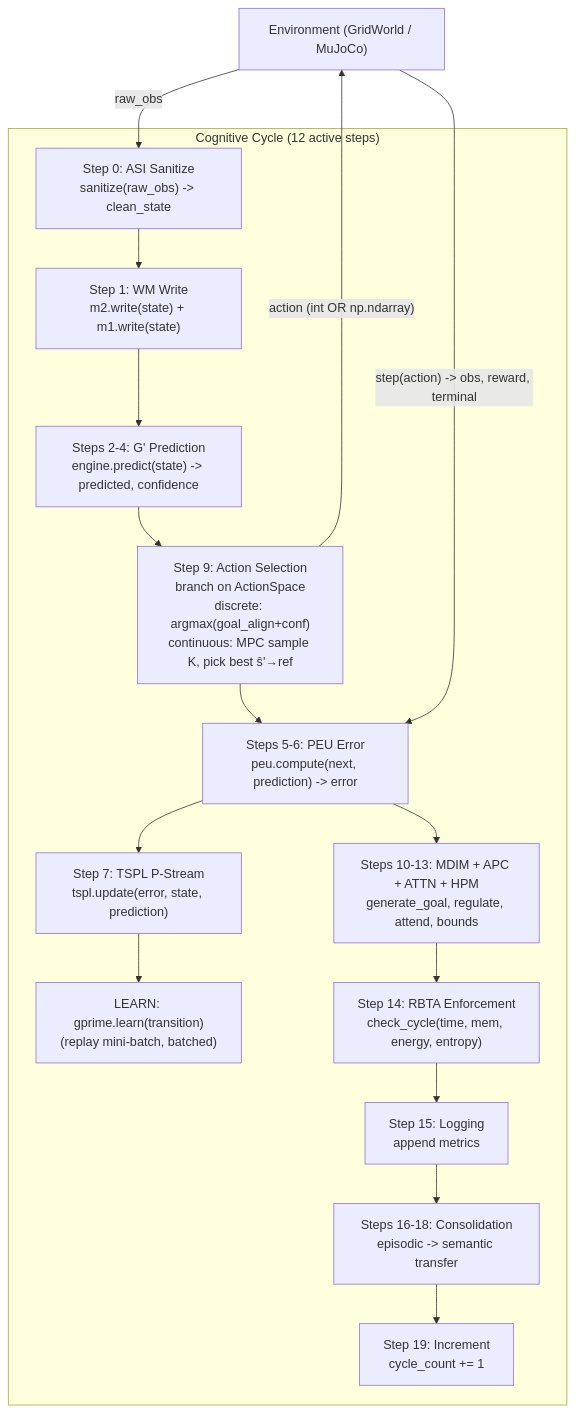
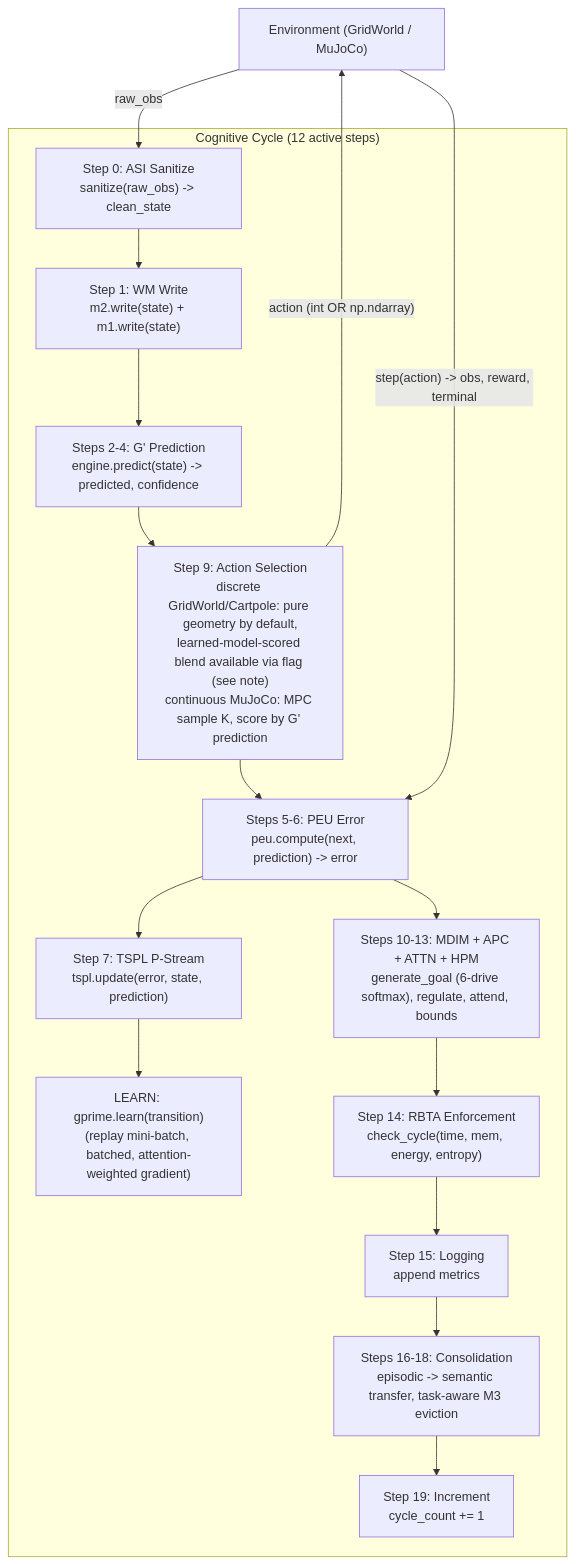
Before and after one commit to ali-baneshi/phca-v3: the diagram in README.md, drawn with Mermaid. The commit also changed other lines of this file, not shown here.

````diff
--- a/README.md
+++ b/README.md
@@ -174,23 +301,23 @@
 ```mermaid
 flowchart TD
     ENV["Environment (GridWorld / MuJoCo)"] -- "raw_obs" --> ASI
     subgraph cycle ["Cognitive Cycle (12 active steps)"]
       ASI["Step 0: ASI Sanitize<br/>sanitize(raw_obs) -> clean_state"]
       WM["Step 1: WM Write<br/>m2.write(state) + m1.write(state)"]
       PE["Steps 2-4: G' Prediction<br/>engine.predict(state) -> predicted, confidence"]
       PEU["Steps 5-6: PEU Error<br/>peu.compute(next, prediction) -> error"]
       TSPL["Step 7: TSPL P-Stream<br/>tspl.update(error, state, prediction)"]
-      LEARN["LEARN: gprime.learn(transition)<br/>(replay mini-batch, batched)"]
-      ACT["Step 9: Action Selection<br/>branch on ActionSpace<br/>discrete: argmax(goal_align+conf)<br/>continuous: MPC sample K, pick best ŝ'→ref"]
-      REG["Steps 10-13: MDIM + APC + ATTN + HPM<br/>generate_goal, regulate, attend, bounds"]
+      LEARN["LEARN: gprime.learn(transition)<br/>(replay mini-batch, batched, attention-weighted gradient)"]
+      ACT["Step 9: Action Selection<br/>discrete GridWorld/Cartpole: pure geometry by default,<br/>learned-model-scored blend available via flag (see note)<br/>continuous MuJoCo: MPC sample K, score by G' prediction"]
+      REG["Steps 10-13: MDIM + APC + ATTN + HPM<br/>generate_goal (6-drive softmax), regulate, attend, bounds"]
       RBTA["Step 14: RBTA Enforcement<br/>check_cycle(time, mem, energy, entropy)"]
       LOG["Step 15: Logging<br/>append metrics"]
-      CONSOL["Steps 16-18: Consolidation<br/>episodic -> semantic transfer"]
+      CONSOL["Steps 16-18: Consolidation<br/>episodic -> semantic transfer, task-aware M3 eviction"]
       INC["Step 19: Increment<br/>cycle_count += 1"]
       ASI --> WM --> PE --> ACT
       ACT --> PEU --> TSPL --> LEARN
       PEU --> REG --> RBTA --> LOG --> CONSOL --> INC
     end
     ACT -- "action (int OR np.ndarray)" --> ENV
     ENV -- "step(action) -> obs, reward, terminal" --> PEU
 ```
````
